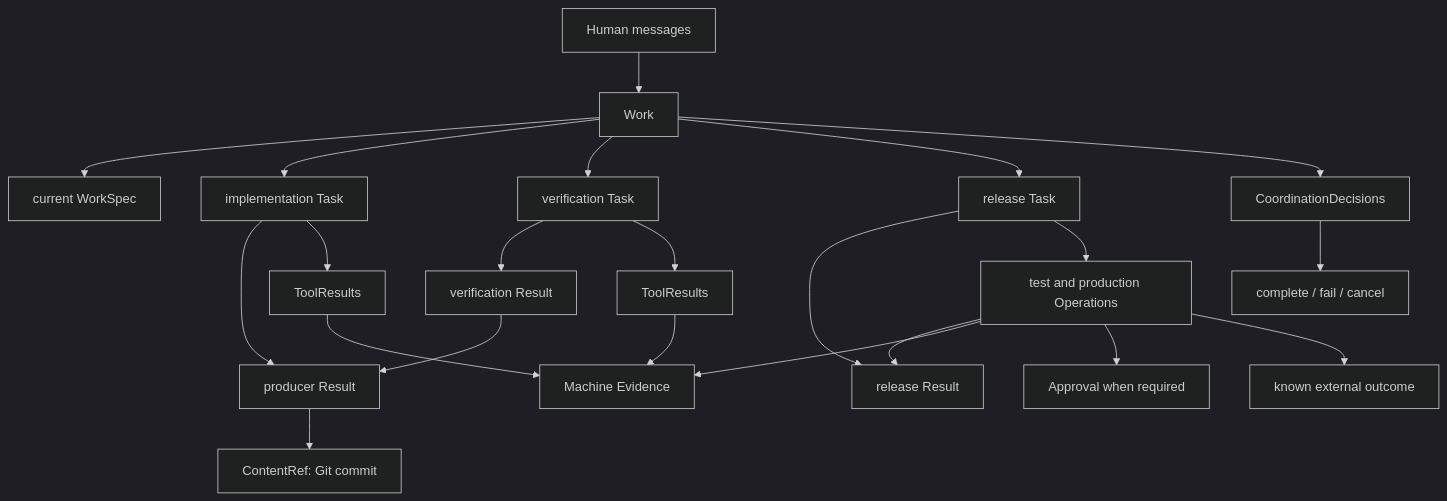
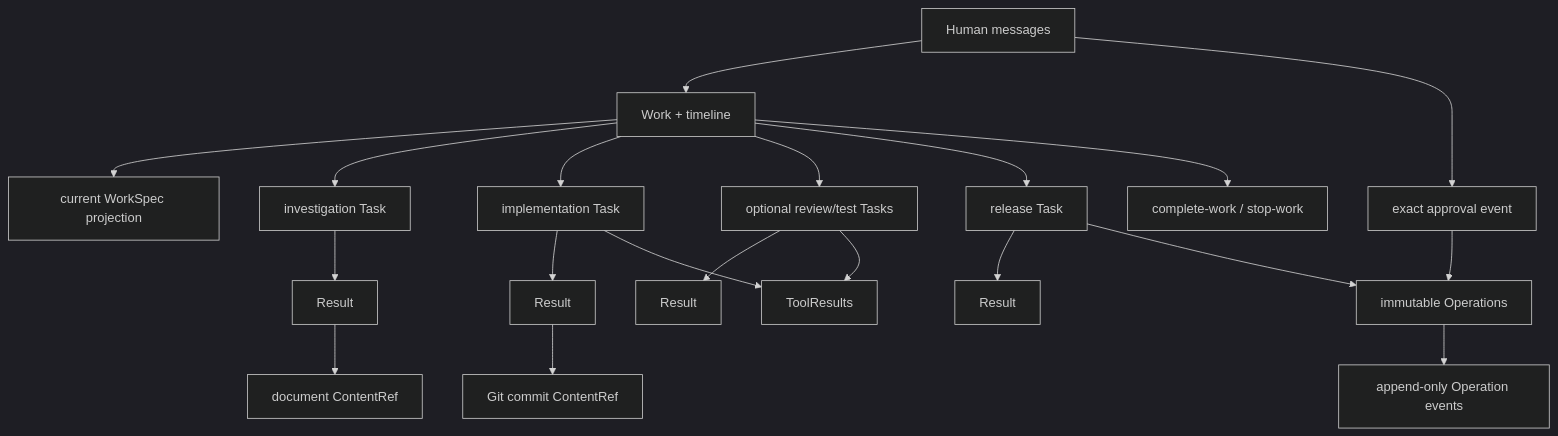
Before and after one commit to cynos-ai/Tiangong: the diagram in docs/design/evidence-backed-team-control-tutorial/14-complete-walkthrough.zh.md, drawn with Mermaid (dark theme). The commit also changed other lines of this file and 33 other files, not shown here.

````diff
--- a/docs/design/evidence-backed-team-control-tutorial/14-complete-walkthrough.zh.md
+++ b/docs/design/evidence-backed-team-control-tutorial/14-complete-walkthrough.zh.md
@@ -208,24 +475,22 @@
 ```mermaid
 flowchart TD
-    H["Human messages"] --> W["Work"]
-    W --> WS["current WorkSpec"]
-    W --> T1["implementation Task"]
-    W --> T2["verification Task"]
-    W --> T3["release Task"]
-    T1 --> R1["producer Result"]
-    T2 --> R2["verification Result"]
-    T3 --> R3["release Result"]
-    R2 --> R1
-    R1 --> C["ContentRef: Git commit"]
-    T1 --> TR1["ToolResults"]
-    T2 --> TR2["ToolResults"]
-    TR1 --> ME["Machine Evidence"]
-    TR2 --> ME
-    W --> D["CoordinationDecisions"]
-    T3 --> O["test and production Operations"]
-    O --> R3
-    O --> ME
-    O --> A["Approval when required"]
-    O --> OS["known external outcome"]
-    D --> END["complete / fail / cancel"]
+    H["Human messages"] --> W["Work + timeline"]
+    W --> WS["current WorkSpec projection"]
+    W --> T1["investigation Task"]
+    W --> T2["implementation Task"]
+    W --> T3["optional review/test Tasks"]
+    W --> T4["release Task"]
+    T1 --> R1["Result"]
+    T2 --> R2["Result"]
+    T3 --> R3["Result"]
+    T4 --> R4["Result"]
+    R1 --> CR1["document ContentRef"]
+    R2 --> CR2["Git commit ContentRef"]
+    T2 --> TR["ToolResults"]
+    T3 --> TR
+    T4 --> O["immutable Operations"]
+    O --> OE["append-only Operation events"]
+    H --> AP["exact approval event"]
+    AP --> O
+    W --> END["complete-work / stop-work"]
 ```
````
